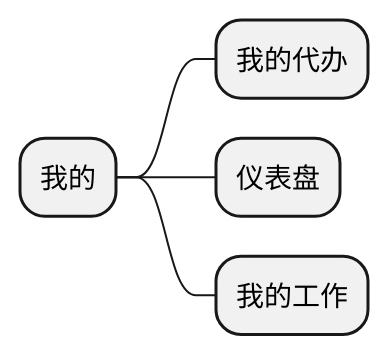
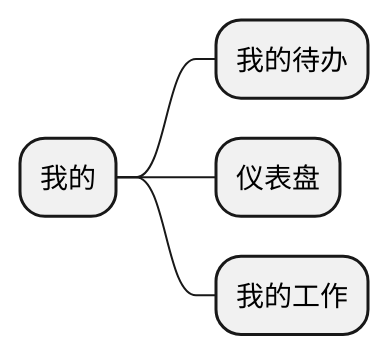
The diagram in ibizpms-docs/src/main/doc/v1/app/mob/My.md (zj335841911/nt_chandao), drawn with PlantUML before and after one commit. The commit also changed other lines of this file and 14 other files, not shown here.

```diff
--- a/ibizpms-docs/src/main/doc/v1/app/mob/My.md
+++ b/ibizpms-docs/src/main/doc/v1/app/mob/My.md
@@ -5,8 +5,8 @@
 {% plantuml %}
 @startmindmap
 * 我的
-** 我的代办
+** 我的待办
 ** 仪表盘
 ** 我的工作
 @endmindmap
 {% endplantuml %}
```
